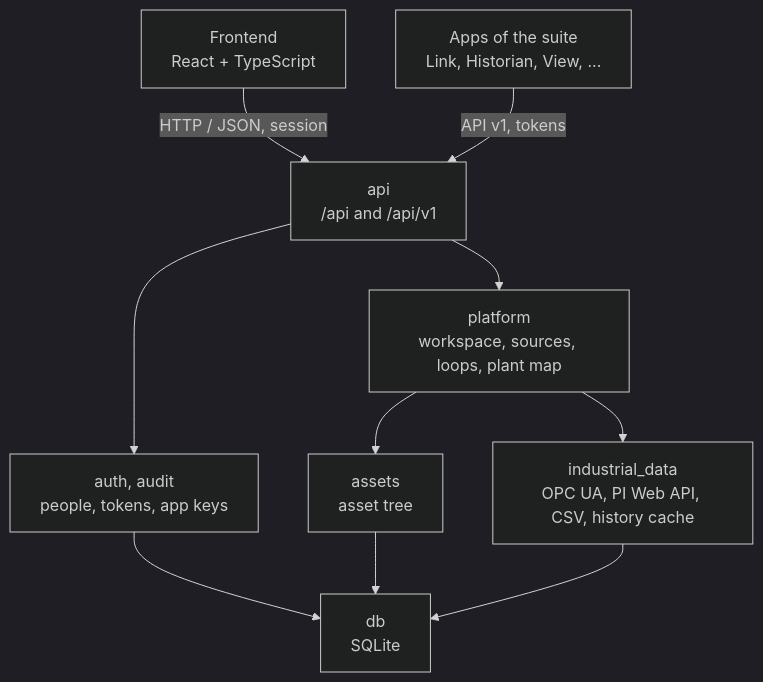
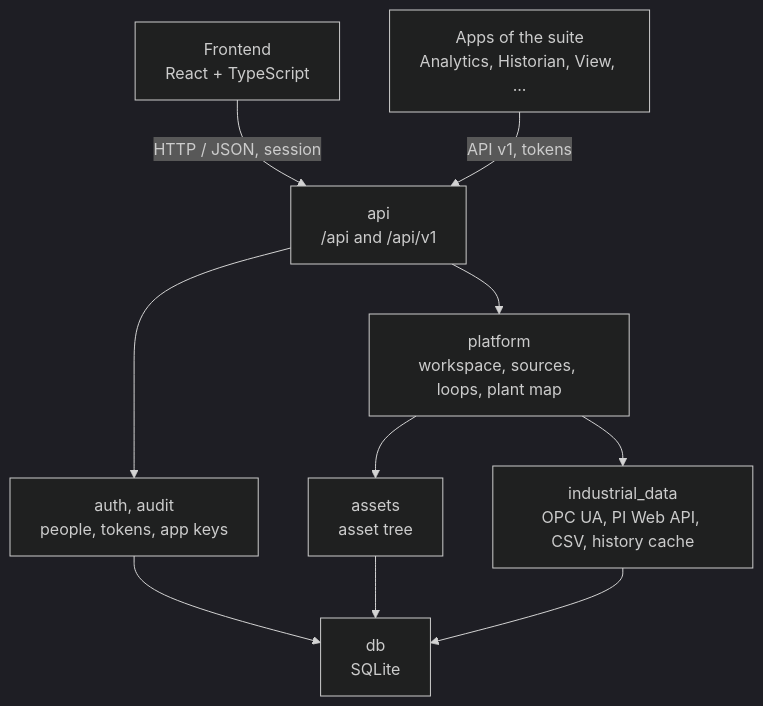
One commit to PlantCraft/PlantCraft changed the third of 3 diagrams in docs/architecture.md. Above: the diagram before and after it, drawn with Mermaid (dark theme). The commit also changed other lines of this file and 4 other files, not shown here.

First line of the commit message:
Architecture in pictures, core and open zones, and a Zones check on pull requests

````diff
--- a/docs/architecture.md
+++ b/docs/architecture.md
@@ -51,21 +148,21 @@
 ```mermaid
 flowchart TB
     UI["Frontend<br/>React + TypeScript"]
-    Apps["Apps of the suite<br/>Link, Historian, View, ..."]
+    Apps["Apps of the suite<br/>Analytics, Historian, View, ..."]
     API["api<br/>/api and /api/v1"]
     Platform["platform<br/>workspace, sources, loops, plant map"]
     Auth["auth, audit<br/>people, tokens, app keys"]
     Assets["assets<br/>asset tree"]
     Data["industrial_data<br/>OPC UA, PI Web API, CSV, history cache"]
     DB["db<br/>SQLite"]
 
     UI -->|"HTTP / JSON, session"| API
     Apps -->|"API v1, tokens"| API
     API --> Platform
     API --> Auth
     Platform --> Assets
     Platform --> Data
     Auth --> DB
     Assets --> DB
     Data --> DB
 ```
````
